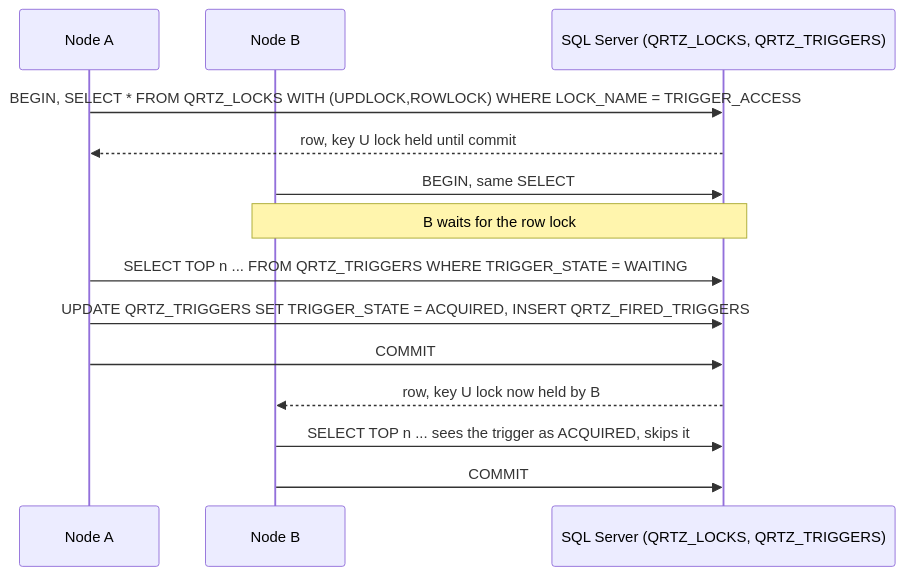
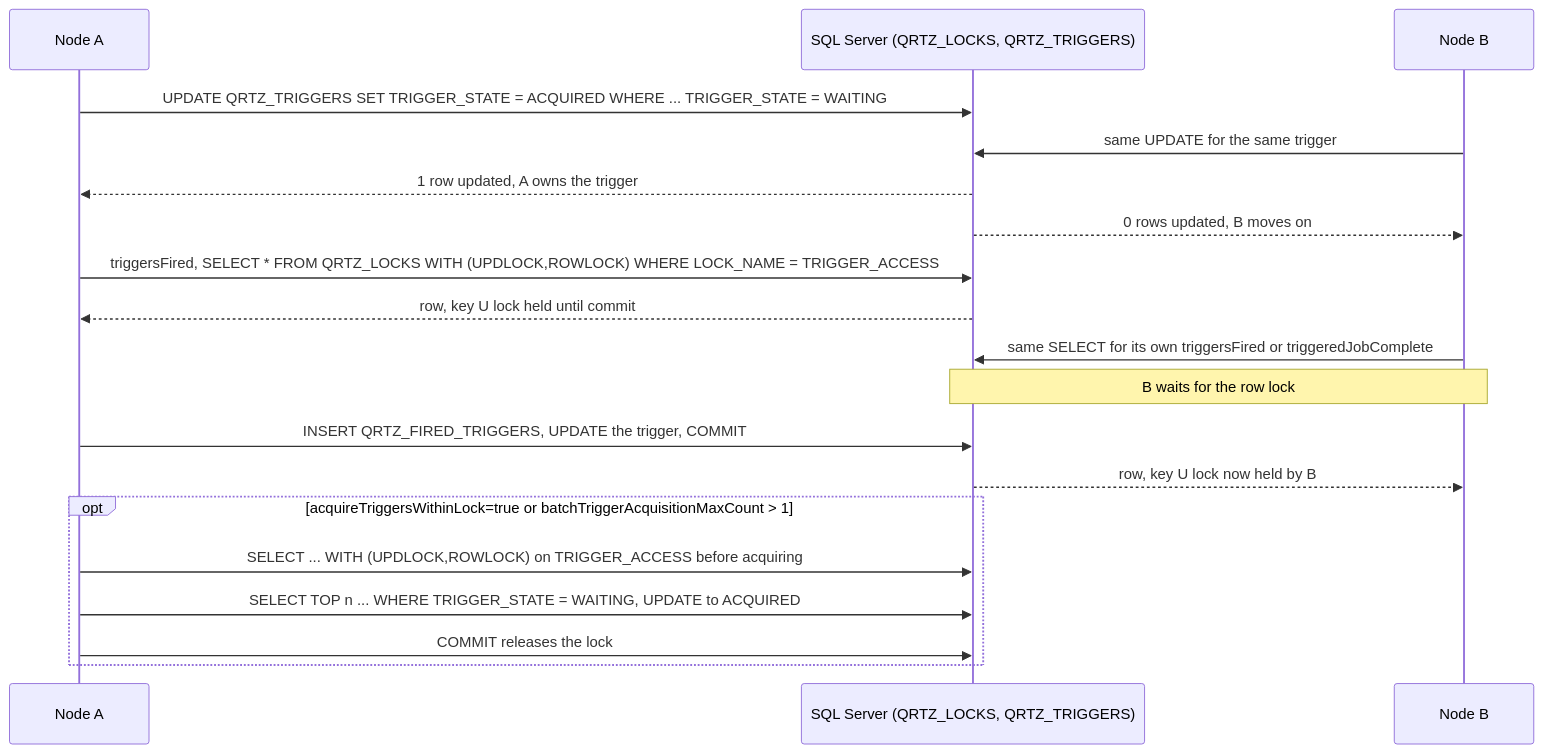
Before and after one commit to albertoirurueta/docs: the diagram in modules/ROOT/pages/backend/scheduling/database-sql-server.adoc, drawn with Mermaid. The commit also changed other lines of this file and 26 other files, not shown here.

```diff
--- a/modules/ROOT/pages/backend/scheduling/database-sql-server.adoc
+++ b/modules/ROOT/pages/backend/scheduling/database-sql-server.adoc
@@ -464,17 +468,22 @@
 [mermaid]
 ....
 sequenceDiagram
     participant A as Node A
+    participant DB as SQL Server (QRTZ_LOCKS, QRTZ_TRIGGERS)
     participant B as Node B
-    participant DB as SQL Server (QRTZ_LOCKS, QRTZ_TRIGGERS)
-    A->>DB: BEGIN, SELECT * FROM QRTZ_LOCKS WITH (UPDLOCK,ROWLOCK) WHERE LOCK_NAME = TRIGGER_ACCESS
+    A->>DB: UPDATE QRTZ_TRIGGERS SET TRIGGER_STATE = ACQUIRED WHERE ... TRIGGER_STATE = WAITING
+    B->>DB: same UPDATE for the same trigger
+    DB-->>A: 1 row updated, A owns the trigger
+    DB-->>B: 0 rows updated, B moves on
+    A->>DB: triggersFired, SELECT * FROM QRTZ_LOCKS WITH (UPDLOCK,ROWLOCK) WHERE LOCK_NAME = TRIGGER_ACCESS
     DB-->>A: row, key U lock held until commit
-    B->>DB: BEGIN, same SELECT
+    B->>DB: same SELECT for its own triggersFired or triggeredJobComplete
     Note over B,DB: B waits for the row lock
-    A->>DB: SELECT TOP n ... FROM QRTZ_TRIGGERS WHERE TRIGGER_STATE = WAITING
-    A->>DB: UPDATE QRTZ_TRIGGERS SET TRIGGER_STATE = ACQUIRED, INSERT QRTZ_FIRED_TRIGGERS
-    A->>DB: COMMIT
+    A->>DB: INSERT QRTZ_FIRED_TRIGGERS, UPDATE the trigger, COMMIT
     DB-->>B: row, key U lock now held by B
-    B->>DB: SELECT TOP n ... sees the trigger as ACQUIRED, skips it
-    B->>DB: COMMIT
+    opt acquireTriggersWithinLock=true or batchTriggerAcquisitionMaxCount > 1
+        A->>DB: SELECT ... WITH (UPDLOCK,ROWLOCK) on TRIGGER_ACCESS before acquiring
+        A->>DB: SELECT TOP n ... WHERE TRIGGER_STATE = WAITING, UPDATE to ACQUIRED
+        A->>DB: COMMIT releases the lock
+    end
 ....
```
